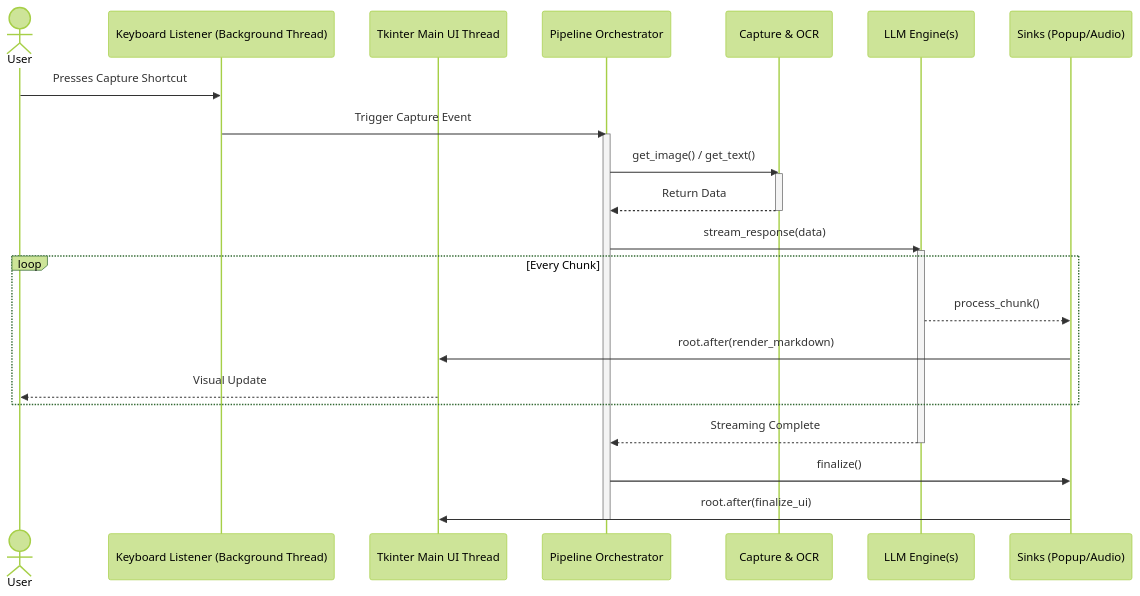
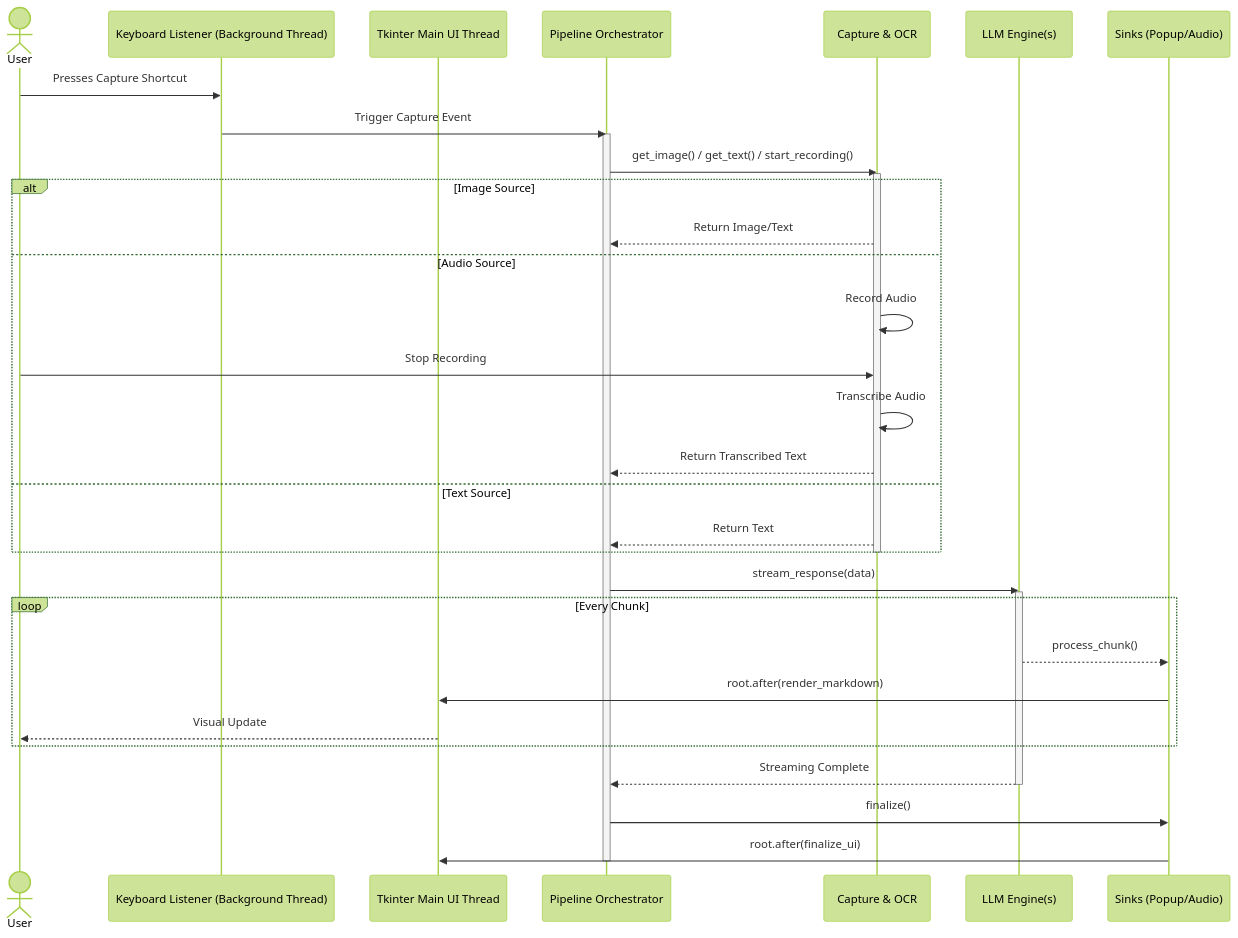
Before and after one commit to ahmedyarub/SnapSolve: the second of 2 diagrams in ARCHITECTURE.md, drawn with Mermaid (forest theme). The commit also changed other lines of this file and 5 other files, not shown here.

````diff
--- a/ARCHITECTURE.md
+++ b/ARCHITECTURE.md
@@ -45,33 +51,44 @@
 ```mermaid
 sequenceDiagram
     actor User
     participant Hotkey as Keyboard Listener (Background Thread)
     participant UI as Tkinter Main UI Thread
     participant Pipe as Pipeline Orchestrator
     participant Source as Capture & OCR
     participant LLM as LLM Engine(s)
     participant Sink as Sinks (Popup/Audio)
 
     User->>Hotkey: Presses Capture Shortcut
     Hotkey->>Pipe: Trigger Capture Event
     activate Pipe
-    Pipe->>Source: get_image() / get_text()
+    Pipe->>Source: get_image() / get_text() / start_recording()
     activate Source
-    Source-->>Pipe: Return Data
+    
+    alt Image Source
+        Source-->>Pipe: Return Image/Text
+    else Audio Source
+        Source->>Source: Record Audio
+        User->>Source: Stop Recording
+        Source->>Source: Transcribe Audio
+        Source-->>Pipe: Return Transcribed Text
+    else Text Source
+        Source-->>Pipe: Return Text
+    end
+    
     deactivate Source
 
     Pipe->>LLM: stream_response(data)
     activate LLM
 
     loop Every Chunk
         LLM-->>Sink: process_chunk()
         Sink->>UI: root.after(render_markdown)
         UI-->>User: Visual Update
     end
 
     LLM-->>Pipe: Streaming Complete
     deactivate LLM
     Pipe->>Sink: finalize()
     Sink->>UI: root.after(finalize_ui)
     deactivate Pipe
 ```
````
